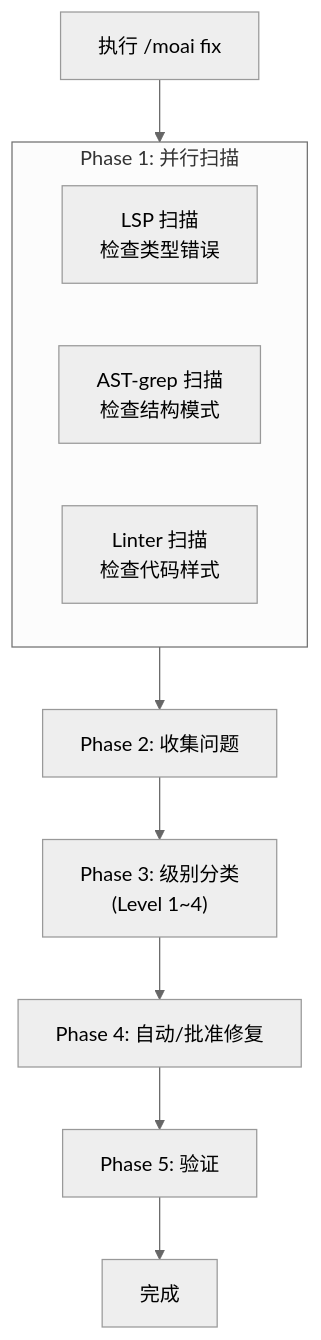
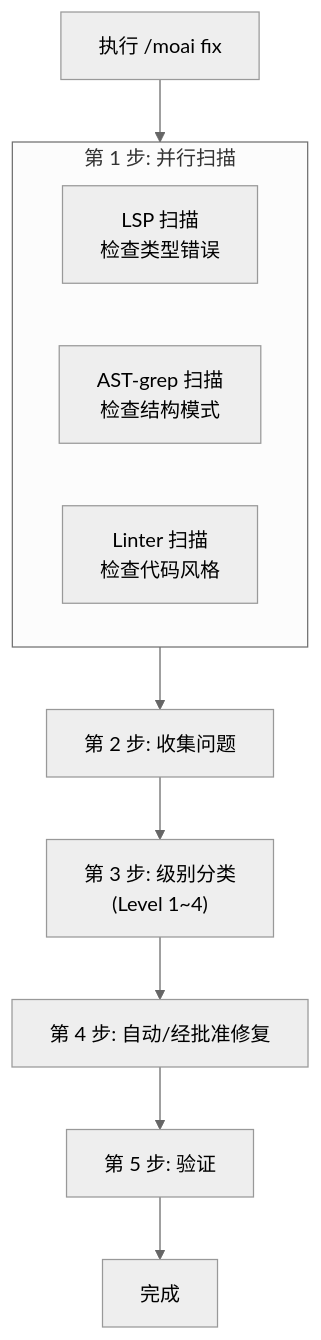
Before and after one commit to modu-ai/moai-adk: the first of 3 diagrams in docs-site/content/zh/utility-commands/moai-fix.md, drawn with Mermaid (neutral theme). The commit also changed other lines of this file and 395 other files, not shown here.

````diff
--- a/docs-site/content/zh/utility-commands/moai-fix.md
+++ b/docs-site/content/zh/utility-commands/moai-fix.md
@@ -71,16 +71,16 @@
 ```mermaid
 flowchart TD
     Start["执行 /moai fix"] --> Scan
 
-    subgraph Scan["Phase 1: 并行扫描"]
+    subgraph Scan["第 1 步: 并行扫描"]
         S1["LSP 扫描<br/>检查类型错误"]
         S2["AST-grep 扫描<br/>检查结构模式"]
-        S3["Linter 扫描<br/>检查代码样式"]
+        S3["Linter 扫描<br/>检查代码风格"]
     end
 
-    Scan --> Collect["Phase 2: 收集问题"]
-    Collect --> Classify["Phase 3: 级别分类<br/>(Level 1~4)"]
-    Classify --> Fix["Phase 4: 自动/批准修复"]
-    Fix --> Verify["Phase 5: 验证"]
+    Scan --> Collect["第 2 步: 收集问题"]
+    Collect --> Classify["第 3 步: 级别分类<br/>(Level 1~4)"]
+    Classify --> Fix["第 4 步: 自动/经批准修复"]
+    Fix --> Verify["第 5 步: 验证"]
     Verify --> Done["完成"]
 ```
````
